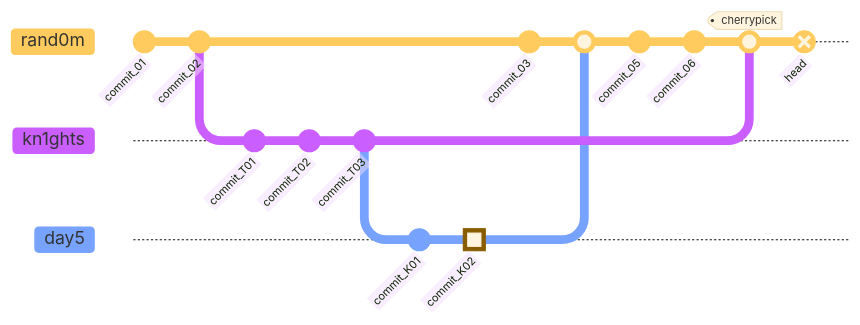
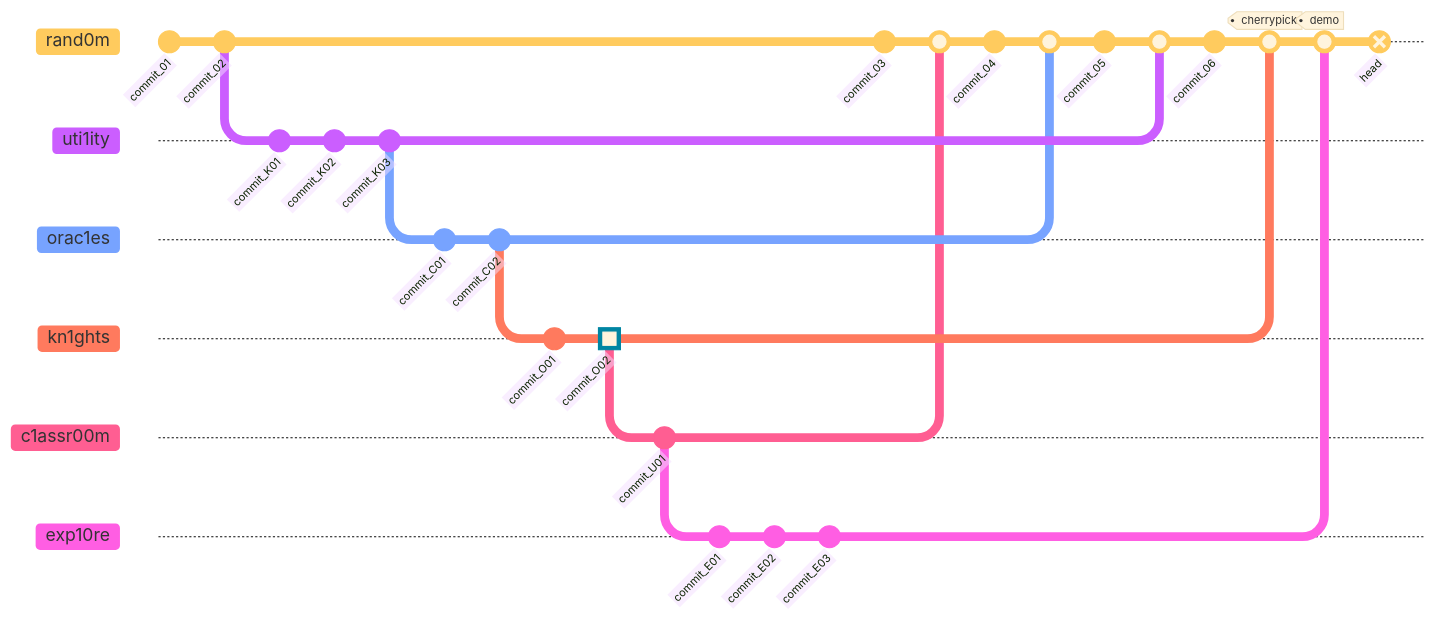
The second of 5 diagrams in profile/README.md (random-knights/.github), drawn with Mermaid before and after one commit. The commit also changed other lines of this file and 3 other files, not shown here.

````diff
--- a/profile/README.md
+++ b/profile/README.md
@@ -179,23 +269,46 @@
 ```mermaid
-%%{init: { 'logLevel': 'debug', 'theme': 'base', 'gitGraph': {'showBranches': true, 'showCommitLabel':true,'mainBranchName': 'rand0m'}} }%%
-  gitGraph
-        commit id:"commit_01"
-        commit id:"commit_02"
-        branch kn1ghts
-        commit id:"commit_T01"
-        commit id:"commit_T02"
-        commit id:"commit_T03"
-        branch day5
-        commit id:"commit_K01"
-        commit type: HIGHLIGHT id:"commit_K02"
+%%{init: { 'logLevel': 'debug', 'theme': 'base', 'gitGraph': {'showBranches': true, 'showCommitLabel': true, 'mainBranchName': 'rand0m'} } }%%
+gitGraph
+    %% rand0m (AI shell / PROD)
+    commit id:"commit_01"
+    commit id:"commit_02"
 
-        checkout rand0m
-        commit id:"commit_03"
-        merge day5
-        commit id:"commit_05"
-        commit id:"commit_06"
-        merge kn1ghts tag:"cherrypick"
+    %% Core feeder repos (ordered)
+    branch uti1ity
+    commit id:"commit_K01"
+    commit id:"commit_K02"
+    commit id:"commit_K03"
 
+    branch orac1es
+    commit id:"commit_C01"
+    commit id:"commit_C02"
 
-        commit type:REVERSE id:"head"
+    branch kn1ghts
+    commit id:"commit_O01"
+    commit type:HIGHLIGHT id:"commit_O02"
+
+    %% Experimental / learning repos
+    branch c1assr00m
+    commit id:"commit_U01"
+
+    %% Demo / testing repo (LAST, spans everything)
+    branch exp10re
+    commit id:"commit_E01"
+    commit id:"commit_E02"
+    commit id:"commit_E03"
+
+    %% Back to rand0m – controlled integrations
+    checkout rand0m
+    commit id:"commit_03"
+    merge c1assr00m
+    commit id:"commit_04"
+    merge orac1es
+    commit id:"commit_05"
+    merge uti1ity
+    commit id:"commit_06"
+    merge kn1ghts tag:"cherrypick"
+    merge exp10re tag:"demo"
+
+    commit type:REVERSE id:"head"
+
 ```
````
